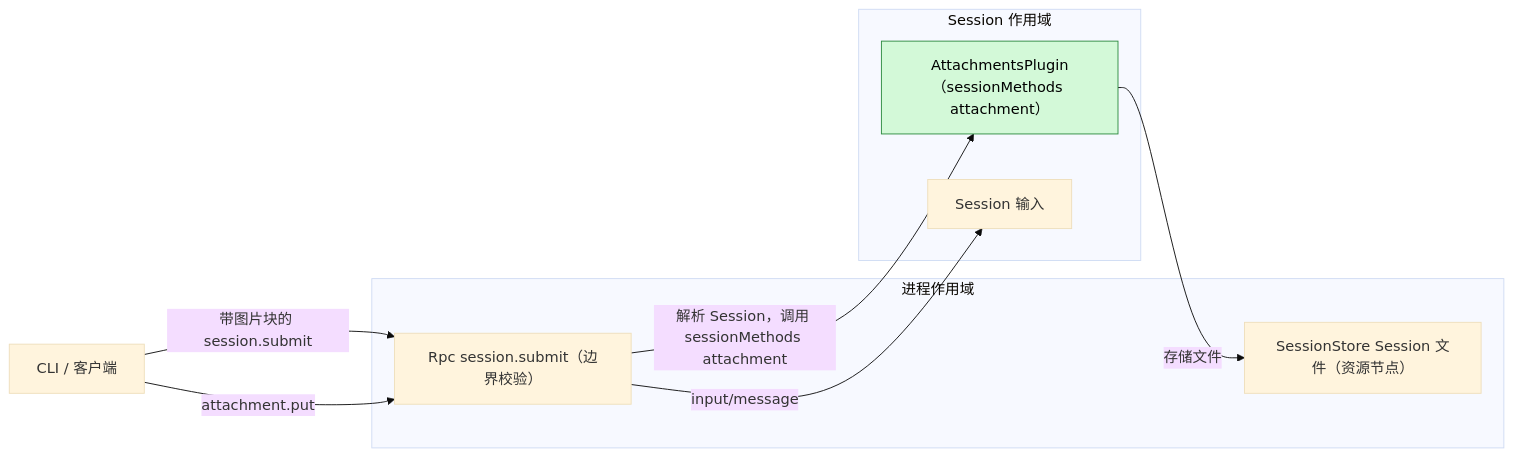
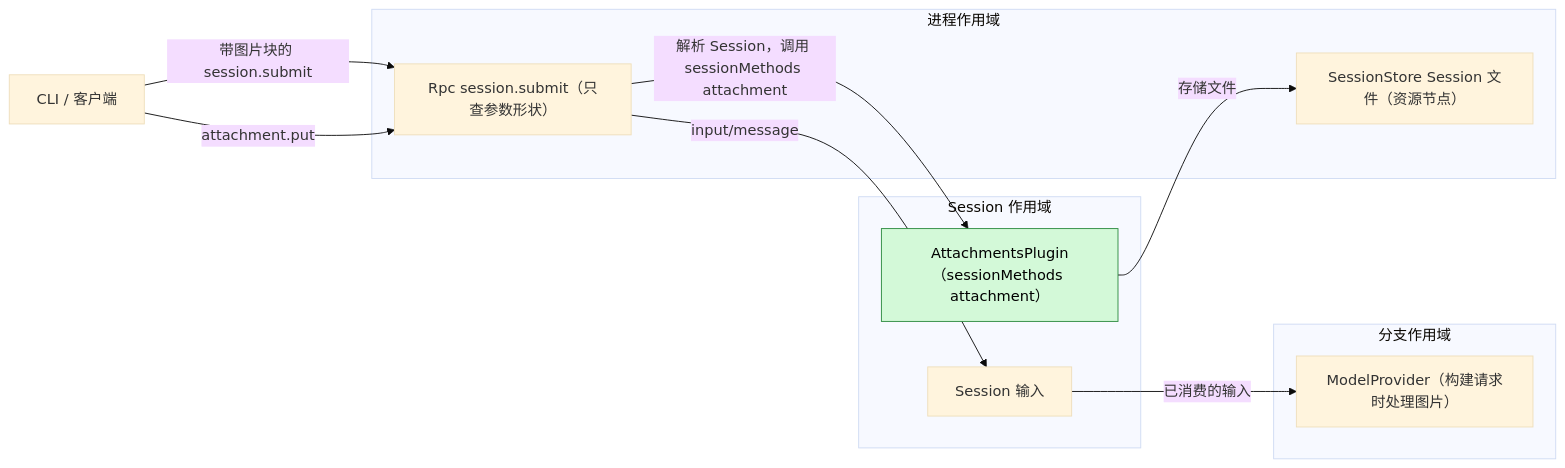
One commit to CoutinhoTTS/dim-agent changed the first of 4 diagrams in docs/zh/design/plugins/Attachments.md. Above: the diagram before and after it, drawn with Mermaid (base theme). The commit also changed other lines of this file and 42 other files, not shown here.

````diff
--- a/docs/zh/design/plugins/Attachments.md
+++ b/docs/zh/design/plugins/Attachments.md
@@ -9,18 +9,22 @@
 ```mermaid
 flowchart LR
   CLI["CLI / 客户端"]
   subgraph P["进程作用域"]
-    RPC["Rpc session.submit（边界校验）"]
+    RPC["Rpc session.submit（只查参数形状）"]
     SS["SessionStore Session 文件（资源节点）"]
   end
   subgraph S["Session 作用域"]
     AT["AttachmentsPlugin（sessionMethods attachment）"]:::new
     SI["Session 输入"]
   end
+  subgraph B["分支作用域"]
+    MP["ModelProvider（构建请求时处理图片）"]
+  end
   CLI -- "带图片块的 session.submit" --> RPC
   CLI -- "attachment.put" --> RPC
   RPC -- "解析 Session，调用 sessionMethods attachment" --> AT
   AT -- "存储文件" --> SS
   RPC -- "input/message" --> SI
+  SI -- "已消费的输入" --> MP
   classDef new fill:#d3f9d8,stroke:#2b8a3e,color:#000
 ```
````
